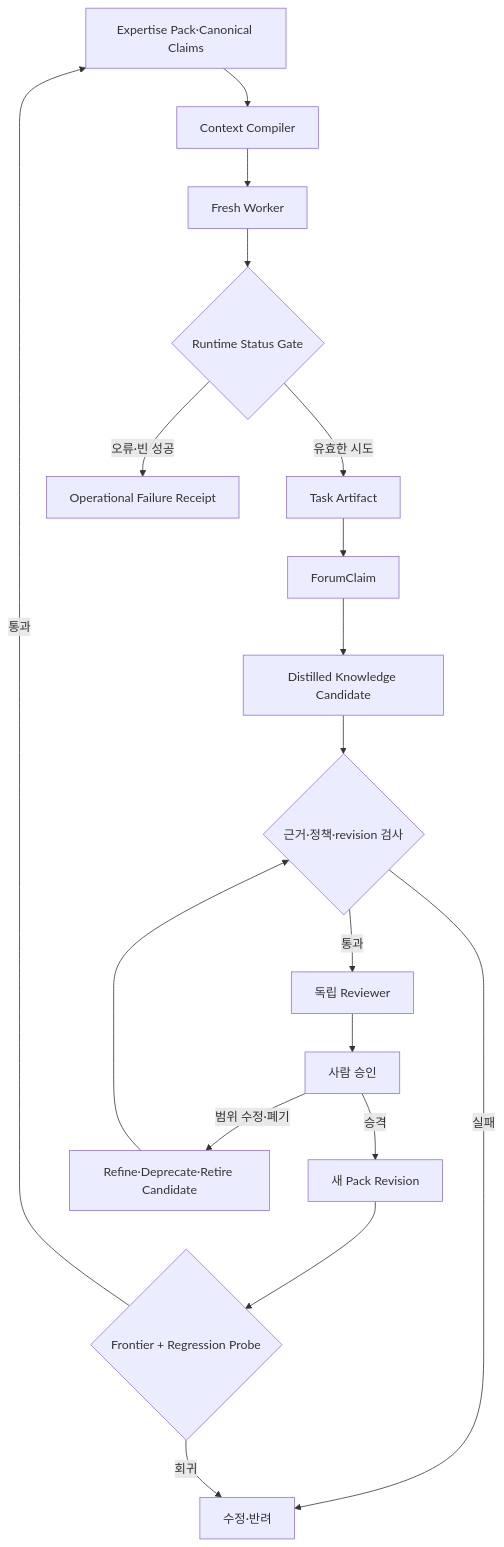
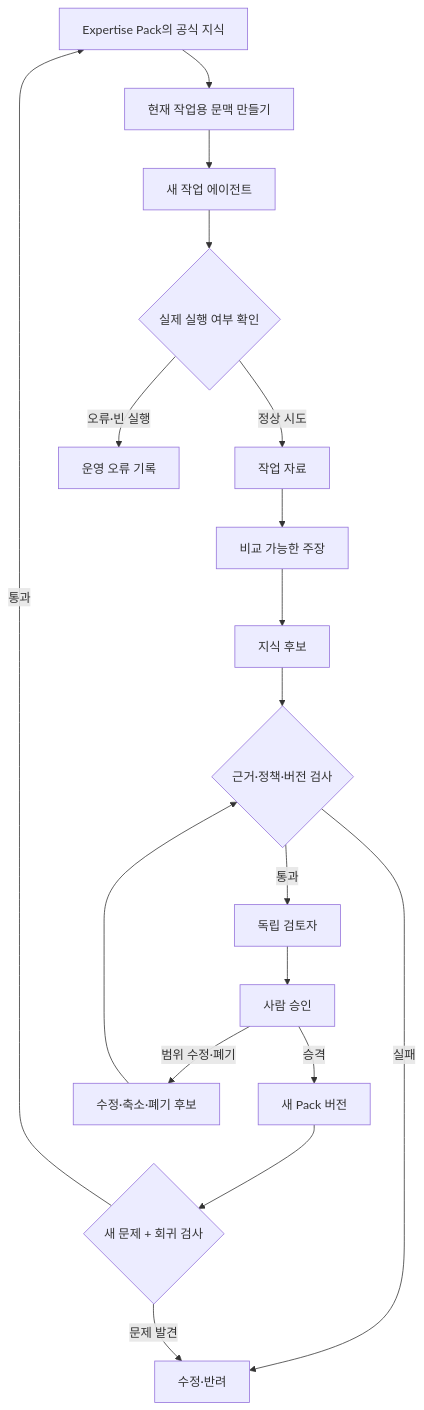
The second of 2 diagrams in content/notes/knowledge-centric-self-improvement.md (tteggu87/tteggu87.github.io), drawn with Mermaid before and after one commit. The commit also changed other lines of this file, not shown here.

Commit message:
Polish knowledge-centric self-improvement article for readability

````diff
--- a/content/notes/knowledge-centric-self-improvement.md
+++ b/content/notes/knowledge-centric-self-improvement.md
@@ -269,20 +253,20 @@
 ```mermaid
 flowchart TD
-    P[Expertise Pack·Canonical Claims] --> C[Context Compiler]
-    C --> W[Fresh Worker]
-    W --> S{Runtime Status Gate}
-    S -->|유효한 시도| T[Task Artifact]
-    S -->|오류·빈 성공| O[Operational Failure Receipt]
-    T --> F[ForumClaim]
-    F --> D[Distilled Knowledge Candidate]
-    D --> V{근거·정책·revision 검사}
-    V -->|통과| R[독립 Reviewer]
+    P[Expertise Pack의 공식 지식] --> C[현재 작업용 문맥 만들기]
+    C --> W[새 작업 에이전트]
+    W --> S{실제 실행 여부 확인}
+    S -->|정상 시도| T[작업 자료]
+    S -->|오류·빈 실행| O[운영 오류 기록]
+    T --> F[비교 가능한 주장]
+    F --> D[지식 후보]
+    D --> V{근거·정책·버전 검사}
+    V -->|통과| R[독립 검토자]
     V -->|실패| X[수정·반려]
     R --> H[사람 승인]
-    H -->|승격| N[새 Pack Revision]
-    H -->|범위 수정·폐기| L[Refine·Deprecate·Retire Candidate]
-    N --> G{Frontier + Regression Probe}
+    H -->|승격| N[새 Pack 버전]
+    H -->|범위 수정·폐기| L[수정·축소·폐기 후보]
+    N --> G{새 문제 + 회귀 검사}
     L --> V
     G -->|통과| P
-    G -->|회귀| X
+    G -->|문제 발견| X
 ```
````
